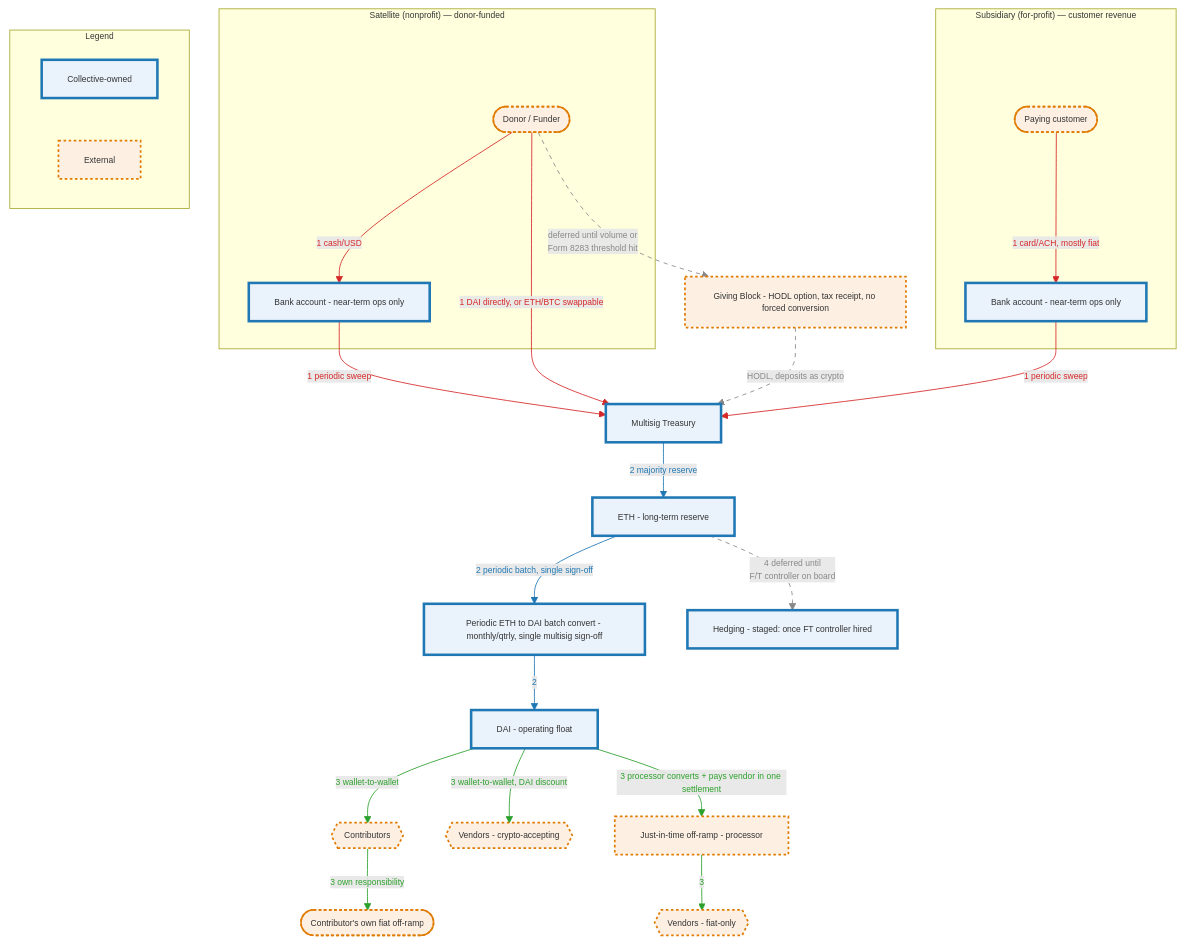
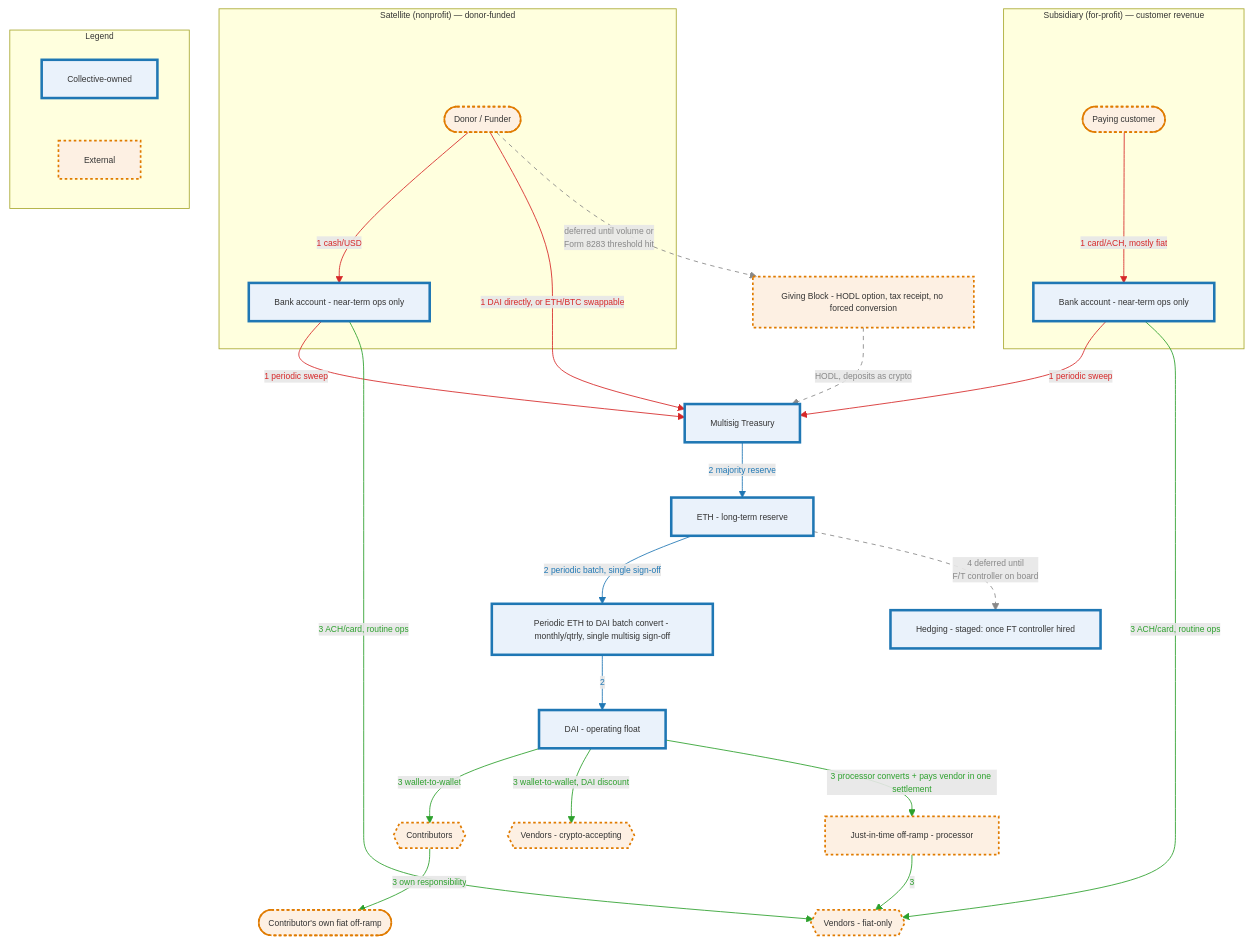
The third of 4 diagrams in governance/commons-hub-pattern.md (doikayt/admin), drawn with Mermaid before and after one commit.

Commit message:
docs: add direct bank-account payout path for routine fiat vendors
Routine, recurring vendor payments (card/ACH) can pay straight from
the existing operating balance rather than every fiat payment
routing through the JIT DAI->USD off-ramp - that path stays for
larger or more deliberate payments where minimizing standing balance
matters more. Both are legitimate, coexisting options.

````diff
--- a/governance/commons-hub-pattern.md
+++ b/governance/commons-hub-pattern.md
@@ -880,64 +880,66 @@
 ```mermaid
 %%{init: {"themeVariables": {"fontSize": "10px"}}}%%
 flowchart TD
     subgraph SAT["Satellite (nonprofit) — donor-funded"]
         Donor([Donor / Funder])
         SatBank[Bank account - near-term ops only]
     end
 
     subgraph SUB["Subsidiary (for-profit) — customer revenue"]
         Customer([Paying customer])
         SubBank[Bank account - near-term ops only]
     end
 
     Treasury[Multisig Treasury]
     DonationProcessor[Giving Block - HODL option, tax receipt, no forced conversion]
     BatchConvert[Periodic ETH to DAI batch convert - monthly/qtrly, single multisig sign-off]
     DAIFloat[DAI - operating float]
     ETHReserve[ETH - long-term reserve]
     Contributors{{Contributors}}
     ContribOfframp([Contributor's own fiat off-ramp])
     VendorsCrypto{{Vendors - crypto-accepting}}
     OffRampJIT[Just-in-time off-ramp - processor]
     VendorsFiat{{Vendors - fiat-only}}
     Hedge[Hedging - staged: once FT controller hired]
 
     subgraph LEGEND["Legend"]
         L1[Collective-owned]
         L2[External]
     end
 
     Donor -- "1 cash/USD" --> SatBank
     SatBank -- "1 periodic sweep" --> Treasury
     Donor -- "1 DAI directly, or ETH/BTC swappable" --> Treasury
     Customer -- "1 card/ACH, mostly fiat" --> SubBank
     SubBank -- "1 periodic sweep" --> Treasury
 
     Donor -.->|"deferred until volume or<br/>Form 8283 threshold hit"| DonationProcessor
     DonationProcessor -.->|"HODL, deposits as crypto"| Treasury
 
     Treasury -- "2 majority reserve" --> ETHReserve
     ETHReserve -- "2 periodic batch, single sign-off" --> BatchConvert
     BatchConvert -- "2" --> DAIFloat
 
     DAIFloat -- "3 wallet-to-wallet" --> Contributors
     Contributors -- "3 own responsibility" --> ContribOfframp
     DAIFloat -- "3 wallet-to-wallet, DAI discount" --> VendorsCrypto
     DAIFloat -- "3 processor converts + pays vendor in one settlement" --> OffRampJIT
     OffRampJIT -- "3" --> VendorsFiat
+    SatBank -- "3 ACH/card, routine ops" --> VendorsFiat
+    SubBank -- "3 ACH/card, routine ops" --> VendorsFiat
 
     ETHReserve -.->|"4 deferred until<br/>F/T controller on board"| Hedge
 
     linkStyle 0,1,2,3,4 stroke:#d62728,color:#d62728
     linkStyle 7,8,9 stroke:#1f77b4,color:#1f77b4
-    linkStyle 10,11,12,13,14 stroke:#2ca02c,color:#2ca02c
-    linkStyle 5,6,15 stroke:#888888,color:#888888,stroke-dasharray: 5 5
+    linkStyle 10,11,12,13,14,15,16 stroke:#2ca02c,color:#2ca02c
+    linkStyle 5,6,17 stroke:#888888,color:#888888,stroke-dasharray: 5 5
 
     classDef owned fill:#eaf2fb,stroke:#1f77b4,stroke-width:3px
     classDef external fill:#fdf0e3,stroke:#e07b00,stroke-width:2px,stroke-dasharray:3 3
     class L1 owned
     class L2 external
     class Treasury,SatBank,SubBank,BatchConvert,DAIFloat,ETHReserve,Hedge owned
     class Donor,DonationProcessor,Customer,Contributors,ContribOfframp external
     class VendorsCrypto,OffRampJIT,VendorsFiat external
 ```
````
